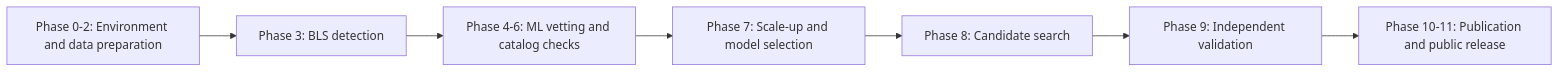
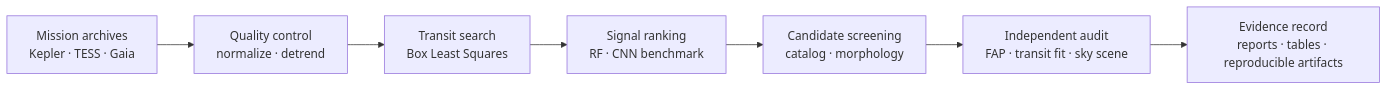
One commit to Science-Experimental-Technologies/Exoplanet-Search changed the diagram in README.md. Above: the diagram before and after it, drawn with Mermaid. The commit also changed other lines of this file and 105 other files, not shown here.

````diff
--- a/README.md
+++ b/README.md
@@ -120,9 +32,9 @@
 ```mermaid
 flowchart LR
-    A[Phase 0-2: Environment and data preparation] --> B[Phase 3: BLS detection]
-    B --> C[Phase 4-6: ML vetting and catalog checks]
-    C --> D[Phase 7: Scale-up and model selection]
-    D --> E[Phase 8: Candidate search]
-    E --> F[Phase 9: Independent validation]
-    F --> G[Phase 10-11: Publication and public release]
+    A[Mission archives<br/>Kepler · TESS · Gaia] --> B[Quality control<br/>normalize · detrend]
+    B --> C[Transit search<br/>Box Least Squares]
+    C --> D[Signal ranking<br/>RF · CNN benchmark]
+    D --> E[Candidate screening<br/>catalog · morphology]
+    E --> F[Independent audit<br/>FAP · transit fit · sky scene]
+    F --> G[Evidence record<br/>reports · tables · reproducible artifacts]
 ```
````
